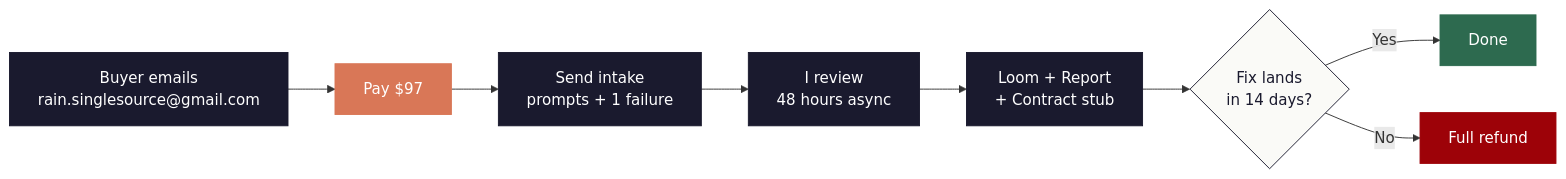
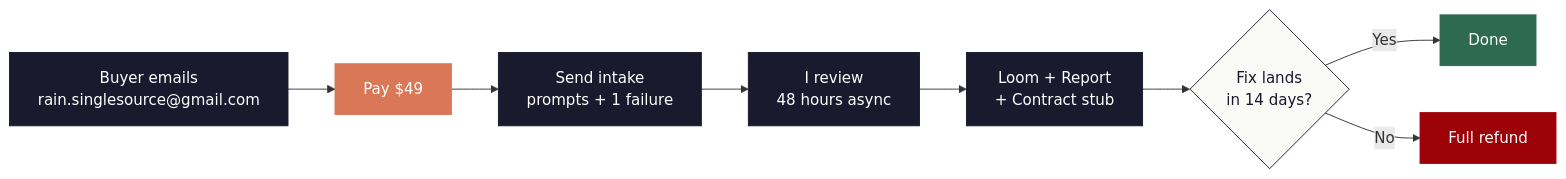
Before and after one commit to SingularityAI-Dev/reasoning-audit: the first of 2 diagrams in README.md, drawn with Mermaid. The commit also changed other lines of this file, not shown here.

````diff
--- a/README.md
+++ b/README.md
@@ -23,19 +36,19 @@
 ```mermaid
 flowchart LR
-    A[Buyer emails<br/>rain.singlesource@gmail.com]:::buyer --> B[Pay $97]:::pay
+    A[Buyer emails<br/>rain.singlesource@gmail.com]:::buyer --> B[Pay $49]:::pay
     B --> C[Send intake<br/>prompts + 1 failure]:::intake
     C --> D[I review<br/>48 hours async]:::work
     D --> E[Loom + Report<br/>+ Contract stub]:::deliver
     E --> F{Fix lands<br/>in 14 days?}:::check
     F -->|Yes| G[Done]:::win
     F -->|No| H[Full refund]:::refund
 
     classDef buyer fill:#1a1a2e,color:#fff,stroke:#1a1a2e
     classDef pay fill:#d97757,color:#fff,stroke:#d97757
     classDef intake fill:#1a1a2e,color:#fff,stroke:#1a1a2e
     classDef work fill:#1a1a2e,color:#fff,stroke:#1a1a2e
     classDef deliver fill:#1a1a2e,color:#fff,stroke:#1a1a2e
     classDef check fill:#fafaf7,color:#1a1a2e,stroke:#1a1a2e
     classDef win fill:#2d6a4f,color:#fff,stroke:#2d6a4f
     classDef refund fill:#9d0208,color:#fff,stroke:#9d0208
 ```
````
